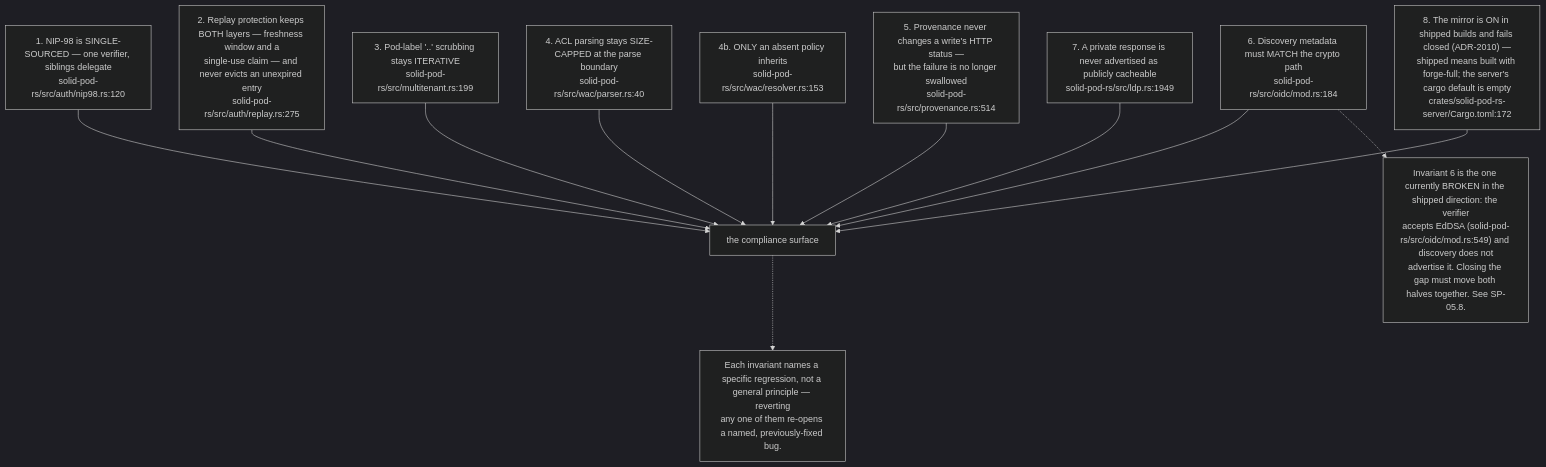
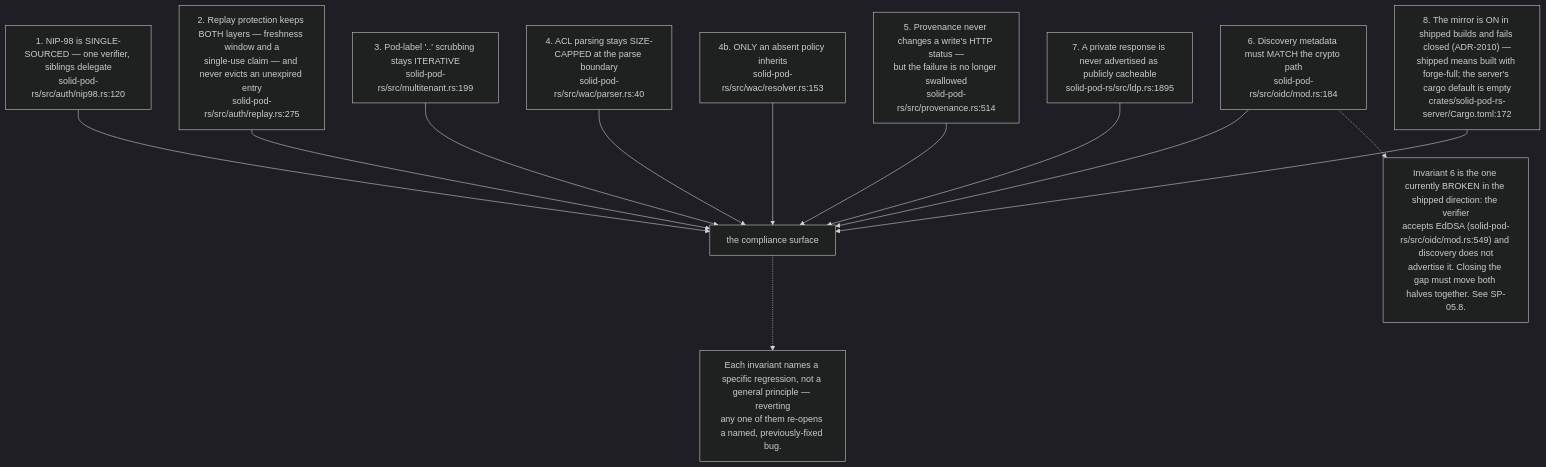
One commit to DreamLab-AI/VisionFlow changed the first of 12 diagrams in docs/diagrams/solid-pod-rs/10-failure-modes-and-invariants.md. Above: the diagram before and after it, drawn with Mermaid (dark theme). The commit also changed other lines of this file and 59 other files, not shown here.

First line of the commit message:
docs(diagrams): re-derive and re-stamp forum, website, pod, ontomark and sealmap topics

````diff
--- a/docs/diagrams/solid-pod-rs/10-failure-modes-and-invariants.md
+++ b/docs/diagrams/solid-pod-rs/10-failure-modes-and-invariants.md
@@ -49,27 +49,27 @@
 ```mermaid
 flowchart TD
     I1["1. NIP-98 is SINGLE-SOURCED — one verifier, siblings delegate<br/>solid-pod-rs/src/auth/nip98.rs:120"]
     I2["2. Replay protection keeps BOTH layers — freshness window and a<br/>single-use claim — and never evicts an unexpired entry<br/>solid-pod-rs/src/auth/replay.rs:275"]
     I3["3. Pod-label '..' scrubbing stays ITERATIVE<br/>solid-pod-rs/src/multitenant.rs:199"]
     I4["4. ACL parsing stays SIZE-CAPPED at the parse boundary<br/>solid-pod-rs/src/wac/parser.rs:40"]
     I4b["4b. ONLY an absent policy inherits<br/>solid-pod-rs/src/wac/resolver.rs:153"]
     I5["5. Provenance never changes a write's HTTP status —<br/>but the failure is no longer swallowed<br/>solid-pod-rs/src/provenance.rs:514"]
     I6["6. Discovery metadata must MATCH the crypto path<br/>solid-pod-rs/src/oidc/mod.rs:184"]
-    I7["7. A private response is never advertised as publicly cacheable<br/>solid-pod-rs/src/ldp.rs:1949"]
+    I7["7. A private response is never advertised as publicly cacheable<br/>solid-pod-rs/src/ldp.rs:1895"]
     I8["8. The mirror is ON in shipped builds and fails closed (ADR-2010) —<br/>shipped means built with forge-full; the server's cargo default is empty<br/>crates/solid-pod-rs-server/Cargo.toml:172"]
 
     I1 --> SUR["the compliance surface"]
     I2 --> SUR
     I3 --> SUR
     I4 --> SUR
     I4b --> SUR
     I5 --> SUR
     I6 --> SUR
     I7 --> SUR
     I8 --> SUR
 
     N["Invariant 6 is the one currently BROKEN in the shipped direction: the verifier<br/>accepts EdDSA (solid-pod-rs/src/oidc/mod.rs:549) and discovery does not<br/>advertise it. Closing the gap must move both halves together. See SP-05.8."]
     I6 -.-> N
     N2["Each invariant names a specific regression, not a general principle — reverting<br/>any one of them re-opens a named, previously-fixed bug."]
     SUR -.-> N2
 ```
````
